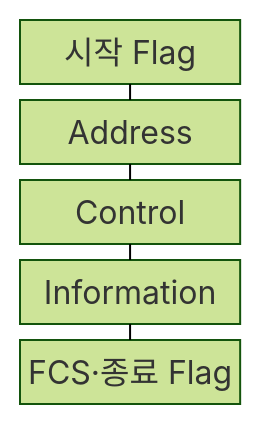
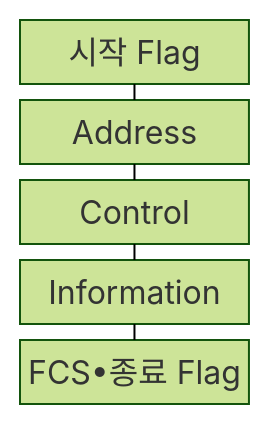
The first of 2 diagrams in src/content/docs/notes/04-network/071_hdlc.md (agnusdei1207/knowledge-base), drawn with Mermaid (forest theme) before and after one commit. The commit also changed other lines of this file and 953 other files, not shown here.

````diff
--- a/src/content/docs/notes/04-network/071_hdlc.md
+++ b/src/content/docs/notes/04-network/071_hdlc.md
@@ -65,13 +65,13 @@
 ```mermaid
 block-beta
     columns 1
     A["시작 Flag"]
     B["Address"]
     C["Control"]
     D["Information"]
-    E["FCS·종료 Flag"]
+    E["FCS•종료 Flag"]
     A --- B
     B --- C
     C --- D
     D --- E
 ```
````
